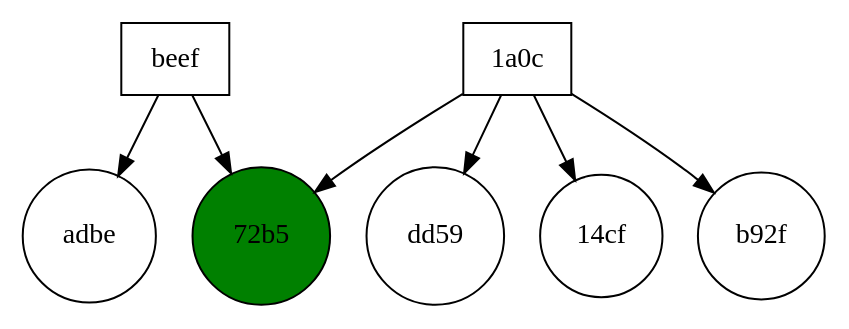
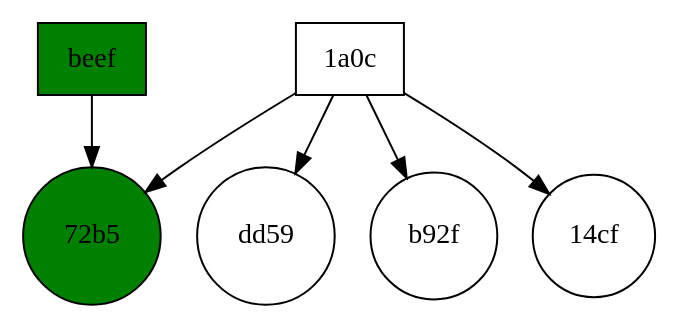
One commit to ziyadalrasbi/F20SC-CW2 changed the diagram in doctest-output/visitor.gv. Above: the diagram before and after it, drawn with Graphviz. The commit also changed 3 other files, not shown here.

```diff
--- a/doctest-output/visitor.gv
+++ b/doctest-output/visitor.gv
@@ -1,22 +1,19 @@
 digraph visitor {
 	graph [rank=min]
 	node [shape=rectangle]
-	"00000000deadbeef" [label=beef fillcolor=white shape=rectangle style=filled]
-	"00000000deadbeef" -> "aaaaaaaaaaaa-00000000df1ad06a86c40000000feadbe"
-	"00000000deadbeef" -> "100806162735-00000000115598650cb8b514246272b5"
 	"4108dc09bfe11a0c" [label="1a0c" fillcolor=white shape=rectangle style=filled]
 	"4108dc09bfe11a0c" -> "100405170355-00000000ee4bfd24d2ff703b9147dd59"
+	"4108dc09bfe11a0c" -> "100806162735-00000000115598650cb8b514246272b5"
+	"4108dc09bfe11a0c" -> "100806172045-0000000081705fbea3553bd0d745b92f"
 	"4108dc09bfe11a0c" -> "101122221951-00000000a695c340822e61891c8f14cf"
-	"4108dc09bfe11a0c" -> "100806172045-0000000081705fbea3553bd0d745b92f"
-	"4108dc09bfe11a0c" -> "100806162735-00000000115598650cb8b514246272b5"
+	"00000000deadbeef" [label=beef fillcolor=green shape=rectangle style=filled]
+	"00000000deadbeef" -> "100806162735-00000000115598650cb8b514246272b5"
 	subgraph document {
-		graph [rank=max]
+		graph [rank=max shape=circle]
 		node [shape=circle]
-		"100405170355-00000000ee4bfd24d2ff703b9147dd59" [label=dd59 fillcolor=white shape=circle]
 		"100806162735-00000000115598650cb8b514246272b5" [label="72b5" fillcolor=green shape=circle style=filled]
-		"100806162735-00000000115598650cb8b514246272b5" [label="72b5" fillcolor=green shape=circle style=filled]
-		"100806172045-0000000081705fbea3553bd0d745b92f" [label=b92f fillcolor=white shape=circle]
-		"101122221951-00000000a695c340822e61891c8f14cf" [label="14cf" fillcolor=white shape=circle]
-		"aaaaaaaaaaaa-00000000df1ad06a86c40000000feadbe" [label=adbe fillcolor=white shape=circle]
+		"100405170355-00000000ee4bfd24d2ff703b9147dd59" [label=dd59 fillcolor=white shape=circle style=filled]
+		"100806172045-0000000081705fbea3553bd0d745b92f" [label=b92f fillcolor=white shape=circle style=filled]
+		"101122221951-00000000a695c340822e61891c8f14cf" [label="14cf" fillcolor=white shape=circle style=filled]
 	}
 }
```
